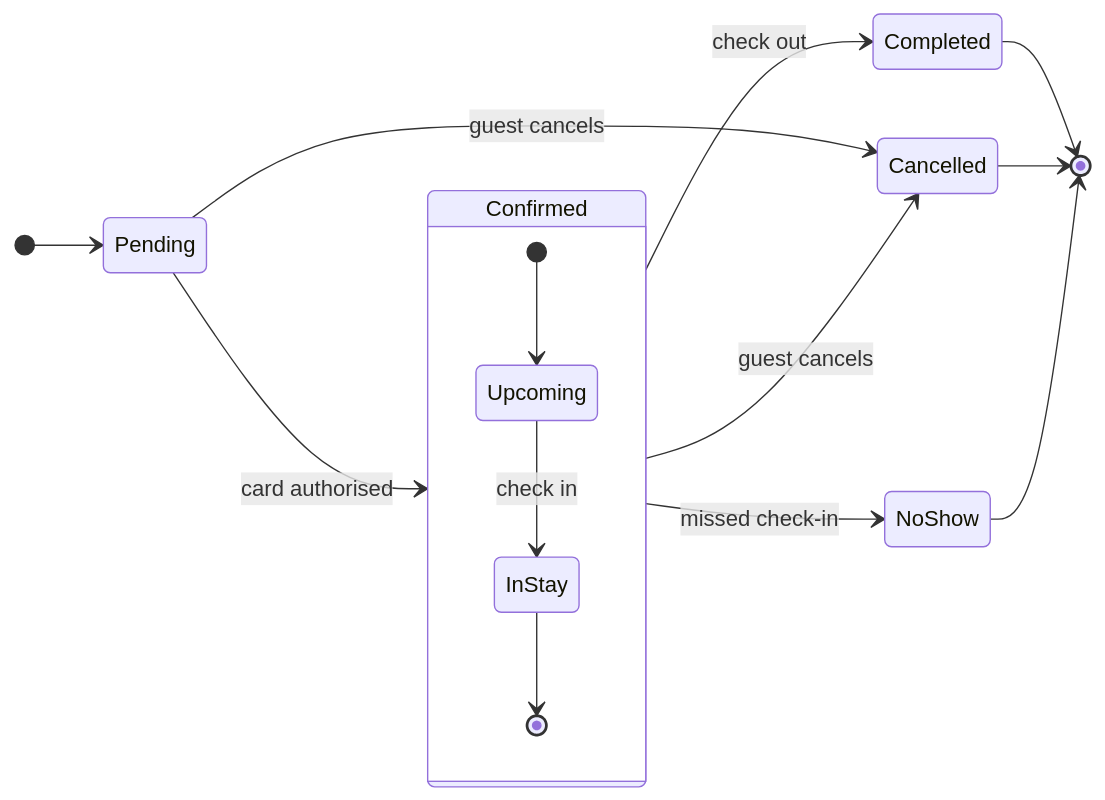
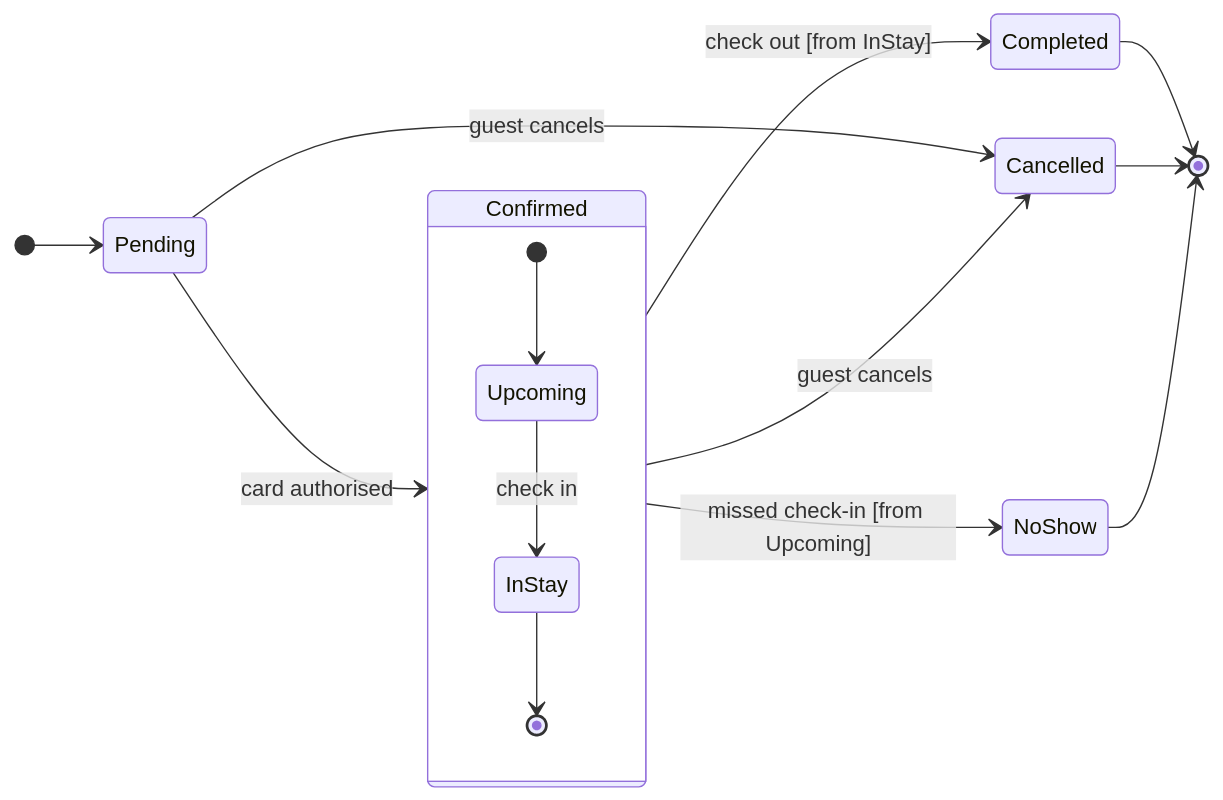
Before and after one commit to MichelKerkmeester/product-owner_create-tickets-and-stories: the diagram in claude project/knowledge/Product Owner - Examples - Flow - State.md, drawn with Mermaid. The commit also changed 11 other files, not shown here.

````diff
--- a/claude project/knowledge/Product Owner - Examples - Flow - State.md
+++ b/claude project/knowledge/Product Owner - Examples - Flow - State.md
@@ -56,21 +56,21 @@
 ```mermaid
 stateDiagram-v2
     %% title: Booking status
     %% subtitle: Every status a Roamstay booking passes through, and what moves it on
     %% source: Source: the bookings doc, Section 2.
     direction LR
     [*] --> Pending
     Pending --> Confirmed: card authorised
     state Confirmed {
         [*] --> Upcoming
         Upcoming --> InStay: check in
         InStay --> [*]
     }
-    Confirmed --> Completed: check out
+    Confirmed --> Completed: check out [from InStay]
     Pending --> Cancelled: guest cancels
     Confirmed --> Cancelled: guest cancels
-    Confirmed --> NoShow: missed check-in
+    Confirmed --> NoShow: missed check-in [from Upcoming]
     Completed --> [*]
     Cancelled --> [*]
     NoShow --> [*]
 ```
````
